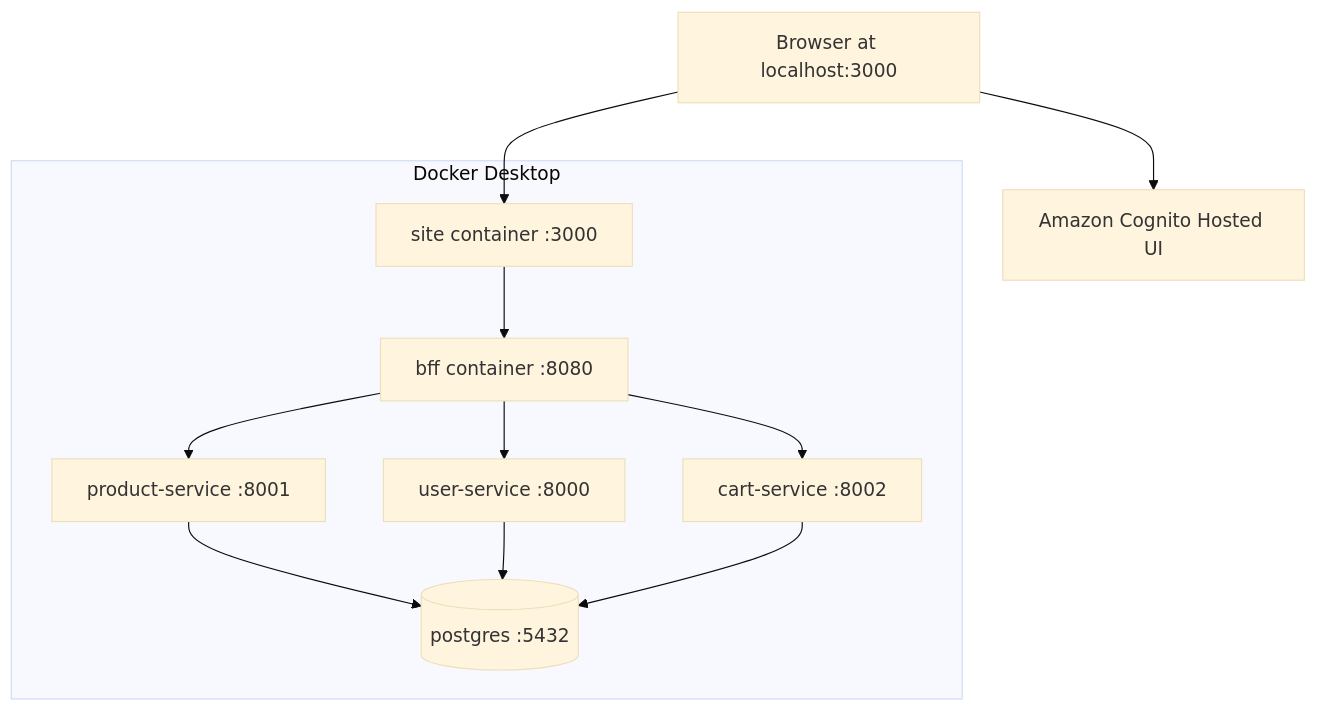
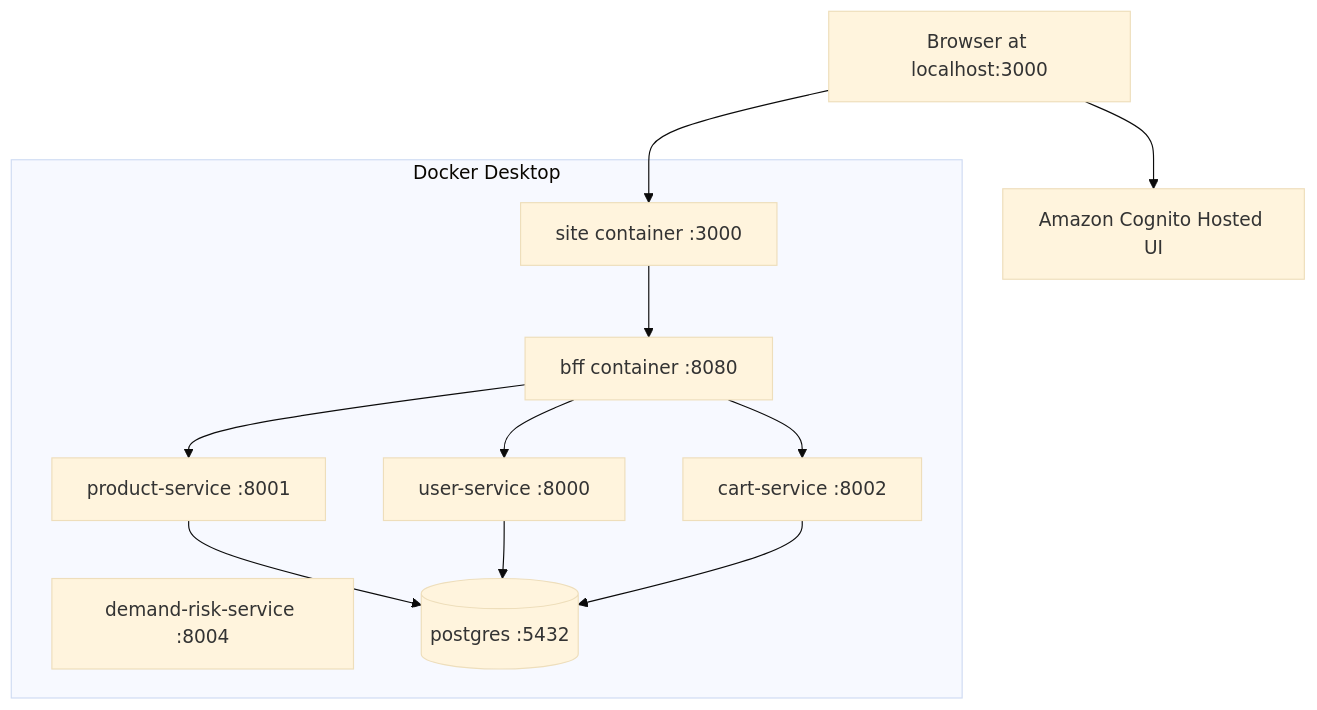
The diagram in docs/architecture/deployment.md (amashadahamni/project-summit-food-marketplace), drawn with Mermaid (base theme) before and after one commit. The commit also changed other lines of this file and 59 other files, not shown here.

````diff
--- a/docs/architecture/deployment.md
+++ b/docs/architecture/deployment.md
@@ -3,24 +5,25 @@
 ```mermaid
 flowchart TB
   User[Browser at localhost:3000]
   Cognito[Amazon Cognito Hosted UI]
 
   subgraph Docker Desktop
     Site[site container :3000]
     BFF[bff container :8080]
     Product[product-service :8001]
     UserService[user-service :8000]
     Cart[cart-service :8002]
+    DemandRisk[demand-risk-service :8004]
     Postgres[(postgres :5432)]
   end
 
   User --> Site
   User --> Cognito
   Site --> BFF
   BFF --> Product
   BFF --> UserService
   BFF --> Cart
   Product --> Postgres
   UserService --> Postgres
   Cart --> Postgres
 ```
````
